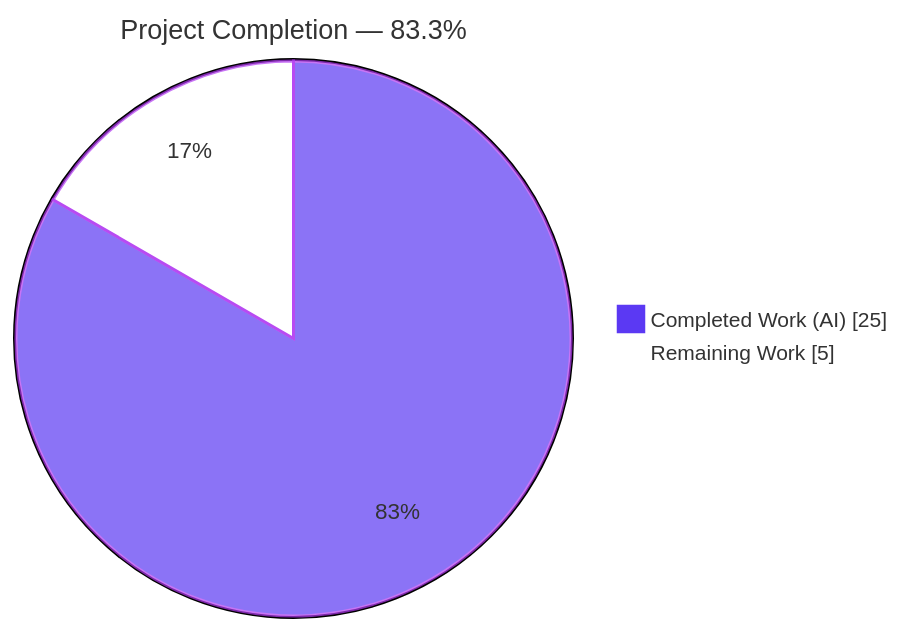
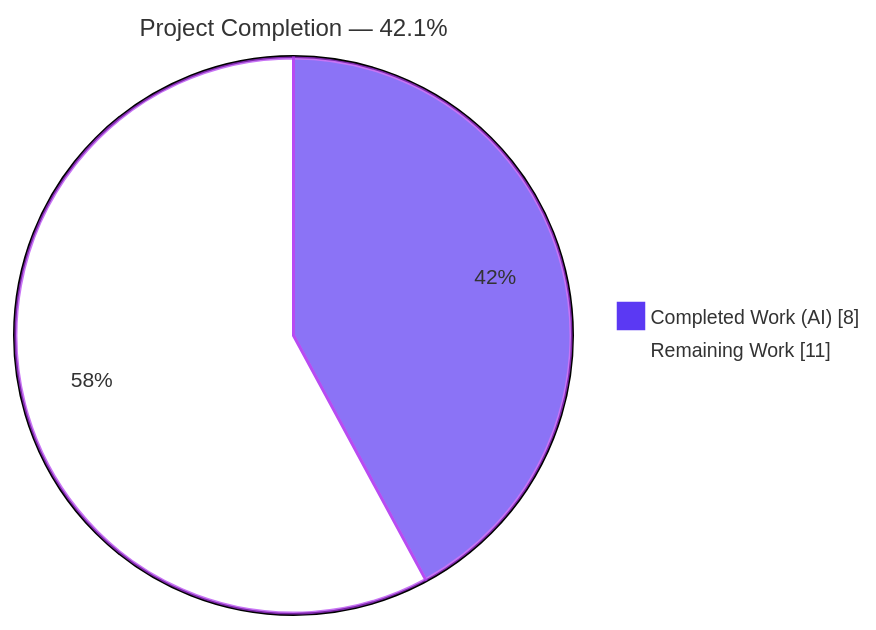
Before and after one commit to ajitblitzy/Society_mngt_300K_Nested: the first of 3 diagrams in blitzy/documentation/Project Guide.md, drawn with Mermaid. The commit also changed other lines of this file, not shown here.

Commit message:
Adding Blitzy Project Guide: Project Status and Human Tasks Remaining

````diff
--- a/blitzy/documentation/Project Guide.md
+++ b/blitzy/documentation/Project Guide.md
@@ -17,7 +19,7 @@
 ```mermaid
-%%{init: {'theme':'base', 'themeVariables': {'pie1':'#5B39F3','pie2':'#FFFFFF','pieStrokeColor':'#B23AF2','pieStrokeWidth':'2px','pieOuterStrokeWidth':'2px','pieTitleTextSize':'18px','pieSectionTextSize':'15px','pieLegendTextSize':'14px'}}}%%
+%%{init: {'theme':'base', 'themeVariables': {'pie1':'#5B39F3','pie2':'#FFFFFF','pieStrokeColor':'#B23AF2','pieStrokeWidth':'2px','pieOuterStrokeWidth':'2px','pieTitleTextSize':'16px','pieSectionTextSize':'14px','pieLegendTextSize':'13px'}}}%%
 pie showData
-title Project Completion — 83.3%
-    "Completed Work (AI)" : 25
-    "Remaining Work" : 5
+title Project Completion — 42.1%
+    "Completed Work (AI)" : 8
+    "Remaining Work" : 11
 ```
````
